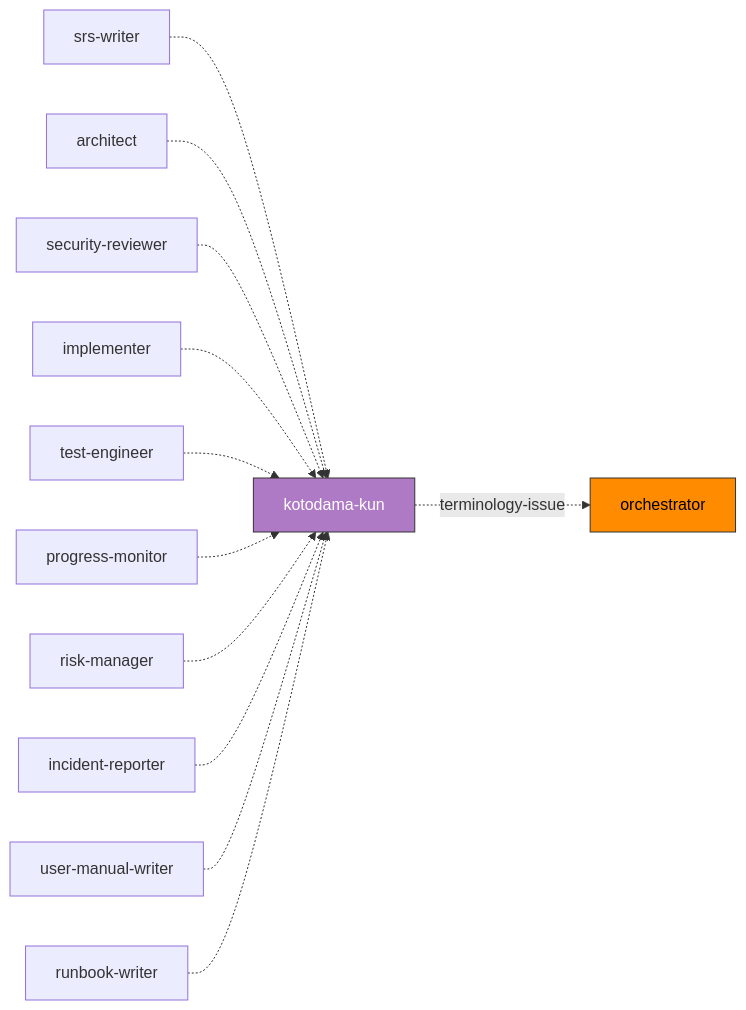
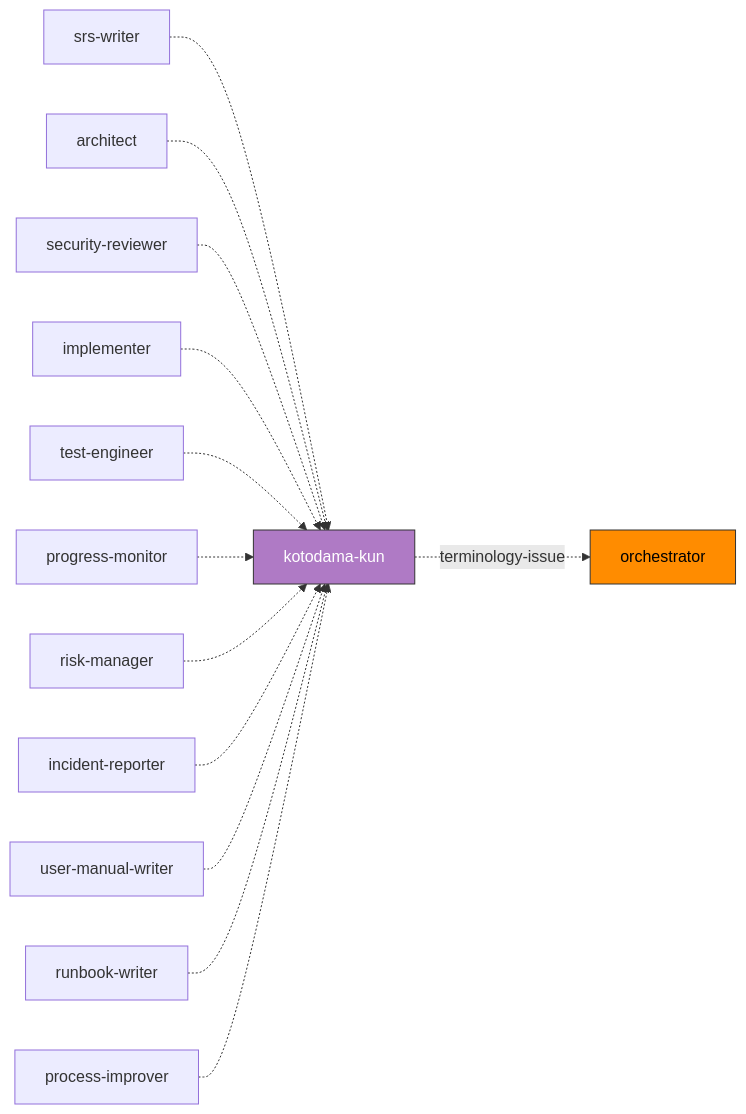
The fourth of 4 diagrams in process-rules/agent-list-en.md (GoodRelax/gr-sw-maker), drawn with Mermaid before and after one commit. The commit also changed 11 other files, not shown here.

````diff
--- a/process-rules/agent-list-en.md
+++ b/process-rules/agent-list-en.md
@@ -331,18 +331,19 @@
 ```mermaid
 flowchart LR
     SRS["srs-writer"] -.-> Koto
     Arch["architect"] -.-> Koto
     Sec["security-reviewer"] -.-> Koto
     Impl["implementer"] -.-> Koto
     Test["test-engineer"] -.-> Koto
     PM["progress-monitor"] -.-> Koto
     RM["risk-manager"] -.-> Koto
     IR["incident-reporter"] -.-> Koto
     UMW["user-manual-writer"] -.-> Koto
     RBW["runbook-writer"] -.-> Koto
+    PI["process-improver"] -.-> Koto
 
     Koto["kotodama-kun"] -.->|"terminology-issue"| Orch["orchestrator"]
 
     style Koto fill:#af7ac5,stroke:#333,color:#fff
     style Orch fill:#FF8C00,stroke:#333,color:#000
 ```
````
